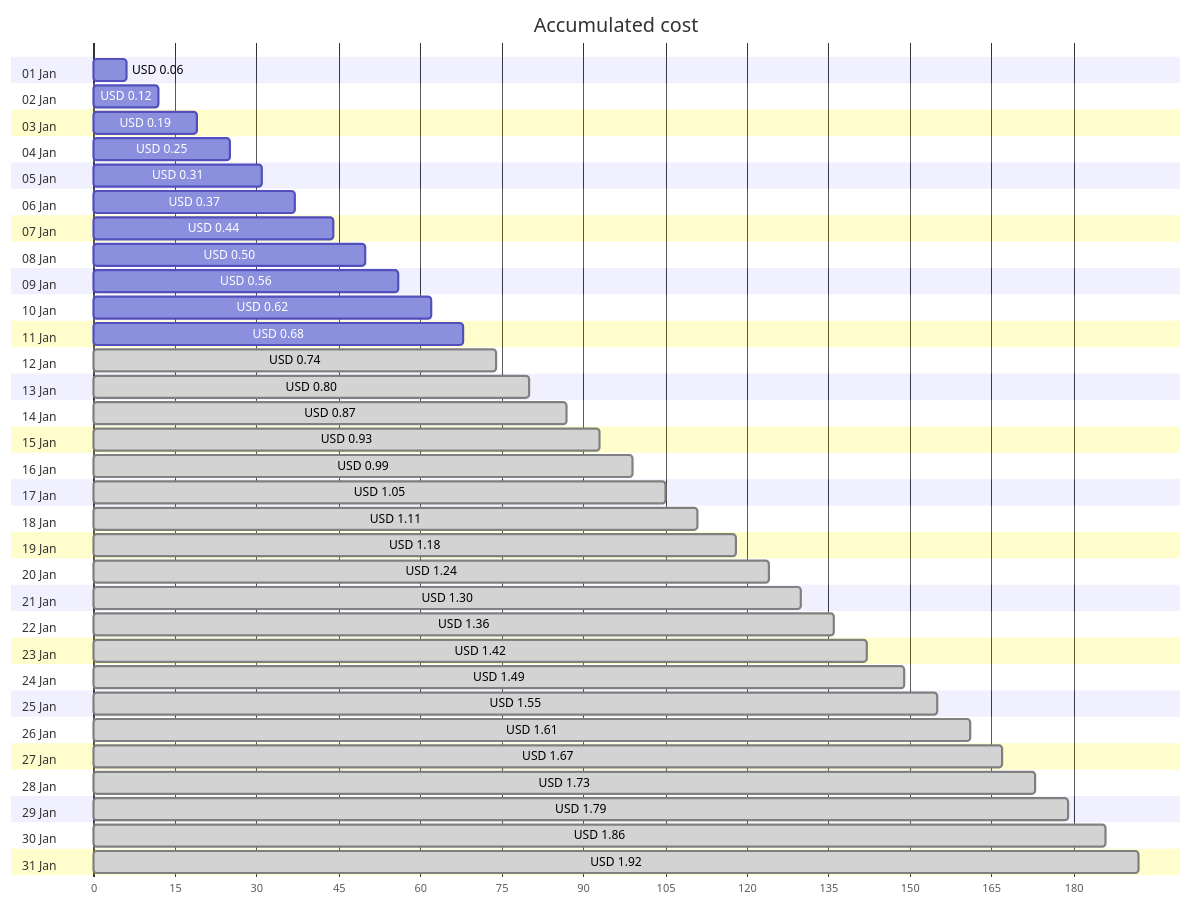
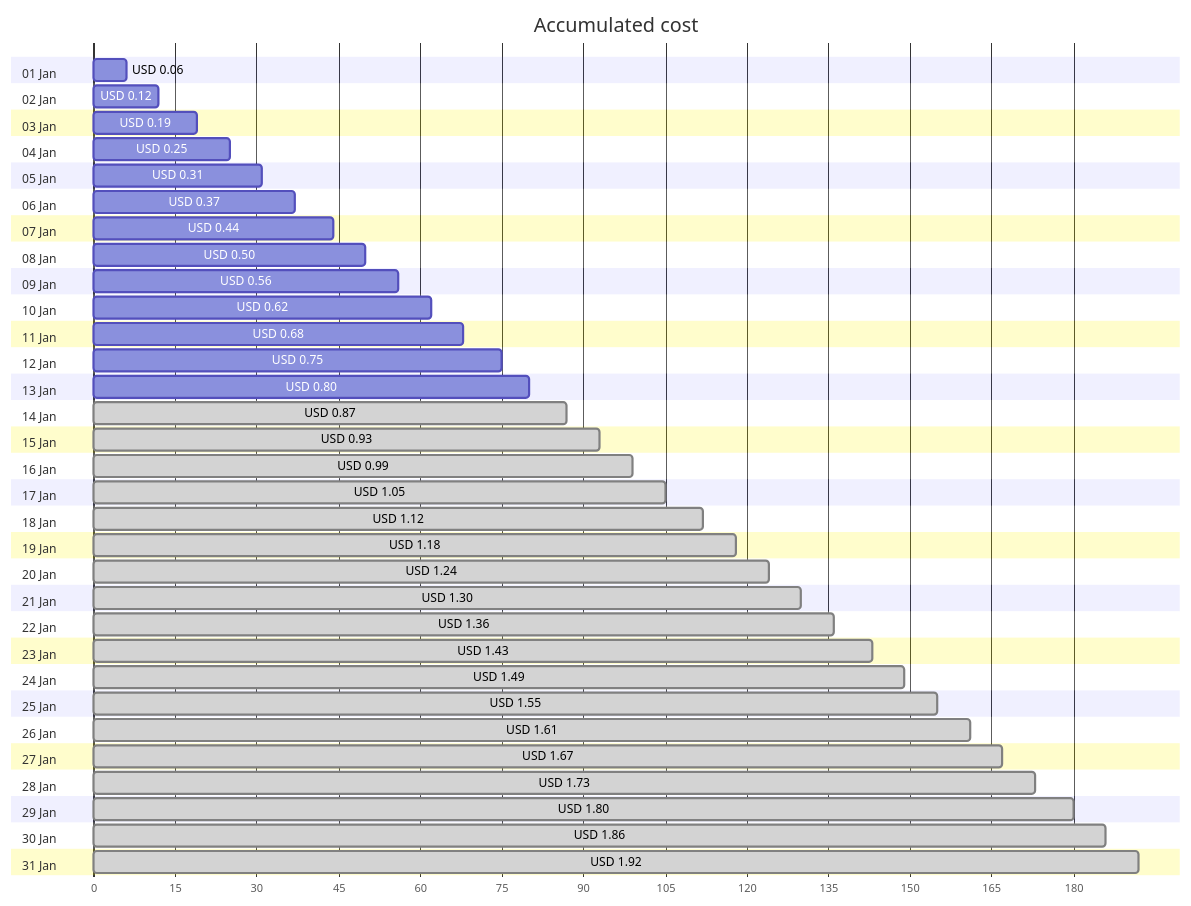
The first of 4 diagrams in cost-reports/personal-network/vpn-server_OsDisk.md (jpfulton/azure-personal-reports), drawn with Mermaid before and after one commit. The commit also changed other lines of this file and 8 other files, not shown here.

````diff
--- a/cost-reports/personal-network/vpn-server_OsDisk.md
+++ b/cost-reports/personal-network/vpn-server_OsDisk.md
@@ -20,68 +20,68 @@
 ```mermaid
 gantt
    title Accumulated cost
    dateFormat  X
    axisFormat %s
    section 01 Jan
    USD 0.06 :0, 6
    section 02 Jan
    USD 0.12 :0, 12
    section 03 Jan
    USD 0.19 :0, 19
    section 04 Jan
    USD 0.25 :0, 25
    section 05 Jan
    USD 0.31 :0, 31
    section 06 Jan
    USD 0.37 :0, 37
    section 07 Jan
    USD 0.44 :0, 44
    section 08 Jan
    USD 0.50 :0, 50
    section 09 Jan
    USD 0.56 :0, 56
    section 10 Jan
    USD 0.62 :0, 62
    section 11 Jan
    USD 0.68 :0, 68
    section 12 Jan
-   USD 0.74 : done, 0, 74
+   USD 0.75 :0, 75
    section 13 Jan
-   USD 0.80 : done, 0, 80
+   USD 0.80 :0, 80
    section 14 Jan
    USD 0.87 : done, 0, 87
    section 15 Jan
    USD 0.93 : done, 0, 93
    section 16 Jan
    USD 0.99 : done, 0, 99
    section 17 Jan
    USD 1.05 : done, 0, 105
    section 18 Jan
-   USD 1.11 : done, 0, 111
+   USD 1.12 : done, 0, 112
    section 19 Jan
    USD 1.18 : done, 0, 118
    section 20 Jan
    USD 1.24 : done, 0, 124
    section 21 Jan
    USD 1.30 : done, 0, 130
    section 22 Jan
    USD 1.36 : done, 0, 136
    section 23 Jan
-   USD 1.42 : done, 0, 142
+   USD 1.43 : done, 0, 143
    section 24 Jan
    USD 1.49 : done, 0, 149
    section 25 Jan
    USD 1.55 : done, 0, 155
    section 26 Jan
    USD 1.61 : done, 0, 161
    section 27 Jan
    USD 1.67 : done, 0, 167
    section 28 Jan
    USD 1.73 : done, 0, 173
    section 29 Jan
-   USD 1.79 : done, 0, 179
+   USD 1.80 : done, 0, 180
    section 30 Jan
    USD 1.86 : done, 0, 186
    section 31 Jan
    USD 1.92 : done, 0, 192
 ```
````
